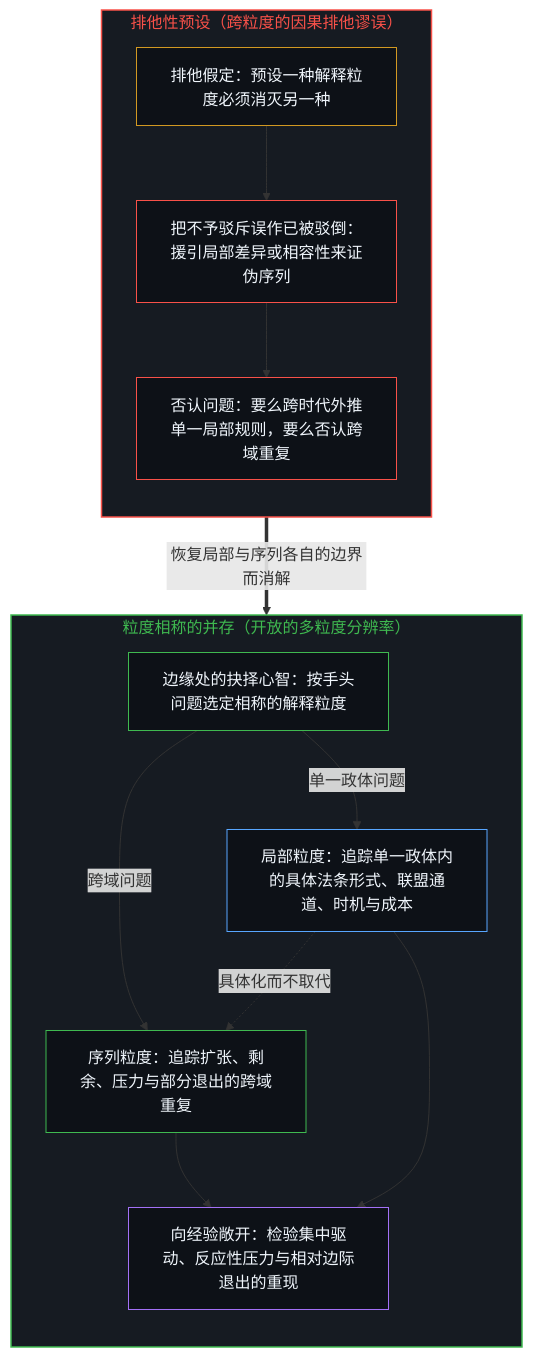
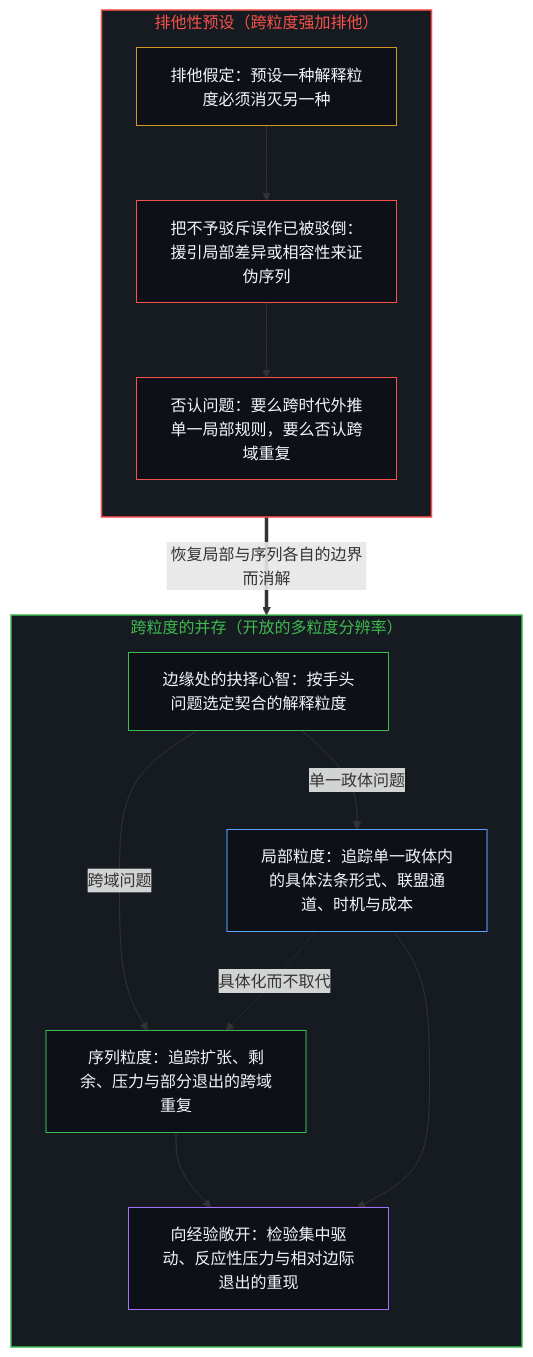
Before and after one commit to powerpig99/not-a-toe: the third of 4 diagrams in content/posts/the-sequence-of-expansion-and-the-boundary-of-local-accounts.md, drawn with Mermaid. The commit also changed other lines of this file and 24 other files, not shown here.

````diff
--- a/content/posts/the-sequence-of-expansion-and-the-boundary-of-local-accounts.md
+++ b/content/posts/the-sequence-of-expansion-and-the-boundary-of-local-accounts.md
@@ -109,32 +109,32 @@
 ```mermaid
 flowchart TD
-    subgraph S_Coex["粒度相称的并存（开放的多粒度分辨率）"]
+    subgraph S_Coex["跨粒度的并存（开放的多粒度分辨率）"]
         direction TB
-        G_Mind["边缘处的抉择心智：按手头问题选定相称的解释粒度"]
+        G_Mind["边缘处的抉择心智：按手头问题选定契合的解释粒度"]
         G_Seq["序列粒度：追踪扩张、剩余、压力与部分退出的跨域重复"]
         G_Loc["局部粒度：追踪单一政体内的具体法条形式、联盟通道、时机与成本"]
         G_Emp["向经验敞开：检验集中驱动、反应性压力与相对边际退出的重现"]
         G_Mind -->|"跨域问题"| G_Seq
         G_Mind -->|"单一政体问题"| G_Loc
         G_Loc -.->|"具体化而不取代"| G_Seq
         G_Seq --> G_Emp
         G_Loc --> G_Emp
     end
-    subgraph S_Excl["排他性预设（跨粒度的因果排他谬误）"]
+    subgraph S_Excl["排他性预设（跨粒度强加排他）"]
         direction TB
         X_Prem["排他假定：预设一种解释粒度必须消灭另一种"]
         X_Mis["把不予驳斥误作已被驳倒：援引局部差异或相容性来证伪序列"]
         X_Den["否认问题：要么跨时代外推单一局部规则，要么否认跨域重复"]
         X_Prem --> X_Mis --> X_Den
     end
     X_Den ==>|"恢复局部与序列各自的边界而消解"| G_Mind
     style S_Coex fill:#161b22,stroke:#3fb950,stroke-width:1.5px,color:#3fb950
     style S_Excl fill:#161b22,stroke:#f85149,stroke-width:1.5px,color:#f85149
     style G_Mind fill:#0d1117,stroke:#3fb950,stroke-width:1px,color:#f0f6fc
     style G_Seq fill:#0d1117,stroke:#3fb950,stroke-width:1px,color:#f0f6fc
     style G_Loc fill:#0d1117,stroke:#58a6ff,stroke-width:1px,color:#f0f6fc
     style G_Emp fill:#0d1117,stroke:#a371f7,stroke-width:1px,color:#f0f6fc
     style X_Prem fill:#0d1117,stroke:#d29922,stroke-width:1px,color:#f0f6fc
     style X_Mis fill:#0d1117,stroke:#f85149,stroke-width:1px,color:#f0f6fc
     style X_Den fill:#0d1117,stroke:#f85149,stroke-width:1px,color:#f0f6fc
 ```
````
